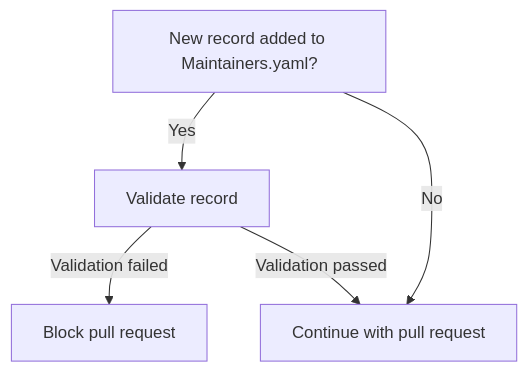
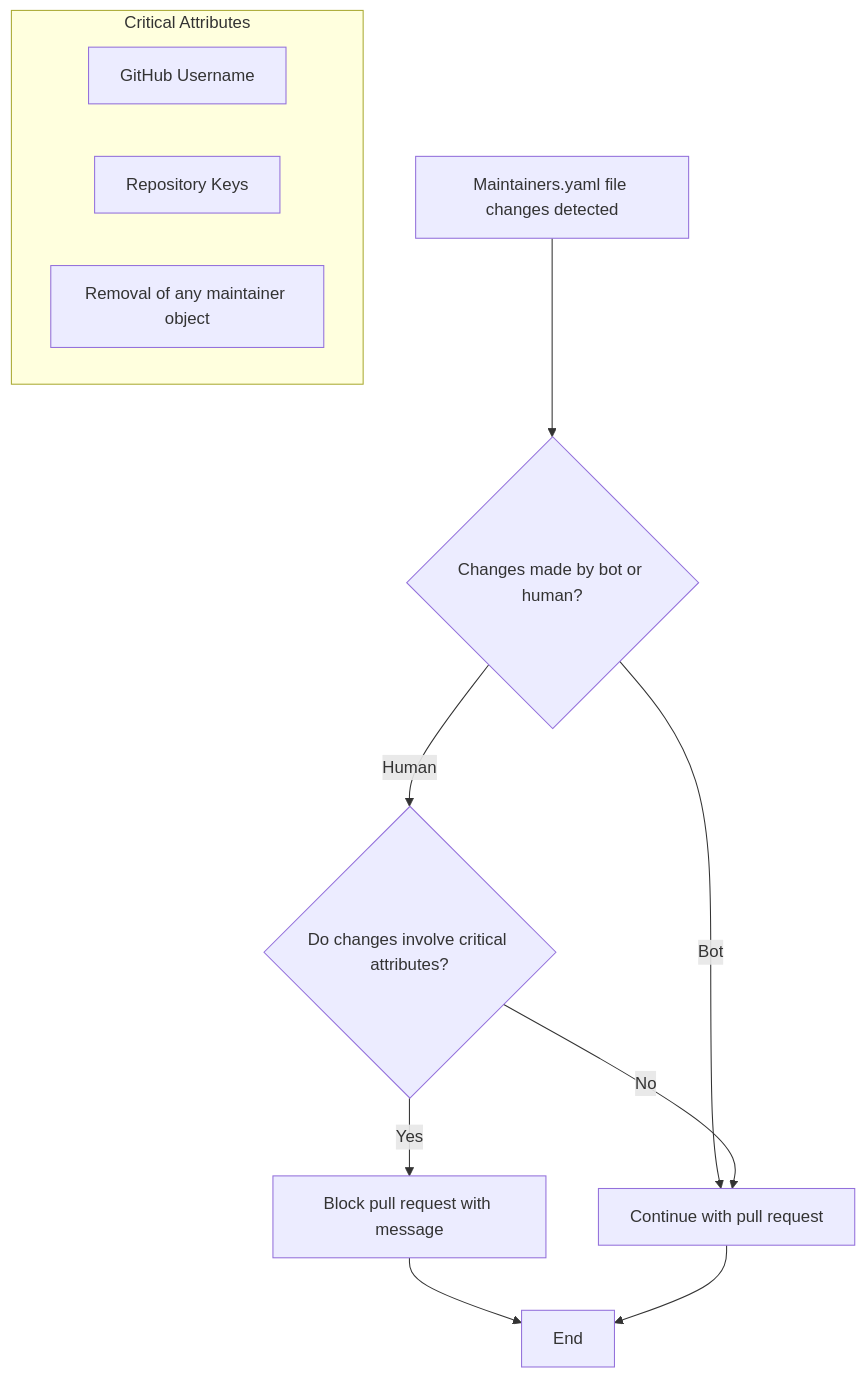
One commit to 14Richa/testRepo changed the fourth of 12 diagrams in scripts/README.md. Above: the diagram before and after it, drawn with Mermaid. The commit also changed other lines of this file, not shown here.

Commit message:
changed the first workflow

````diff
--- a/scripts/README.md
+++ b/scripts/README.md
@@ -65,8 +66,20 @@
 ```mermaid
 graph TD;
-A[New record added to Maintainers.yaml?] --> |Yes| B[Validate record];
-B --> |Validation failed| C[Block pull request];
-B --> |Validation passed| D[Continue with pull request];
-A --> |No| D[Continue with pull request];
+A[Maintainers.yaml file changes detected] --> B{Changes made by bot or human?};
+
+B --> |Bot| E[Continue with pull request];
+B --> |Human| C{Do changes involve critical attributes?};
+
+C --> |Yes| D[Block pull request with message];
+C --> |No| E[Continue with pull request];
+
+D --> F[End];
+E --> F;
+
+subgraph Critical Attributes
+CA1[GitHub Username];
+CA2[Repository Keys];
+CA3[Removal of any maintainer object];
+end
 
 ```
````
